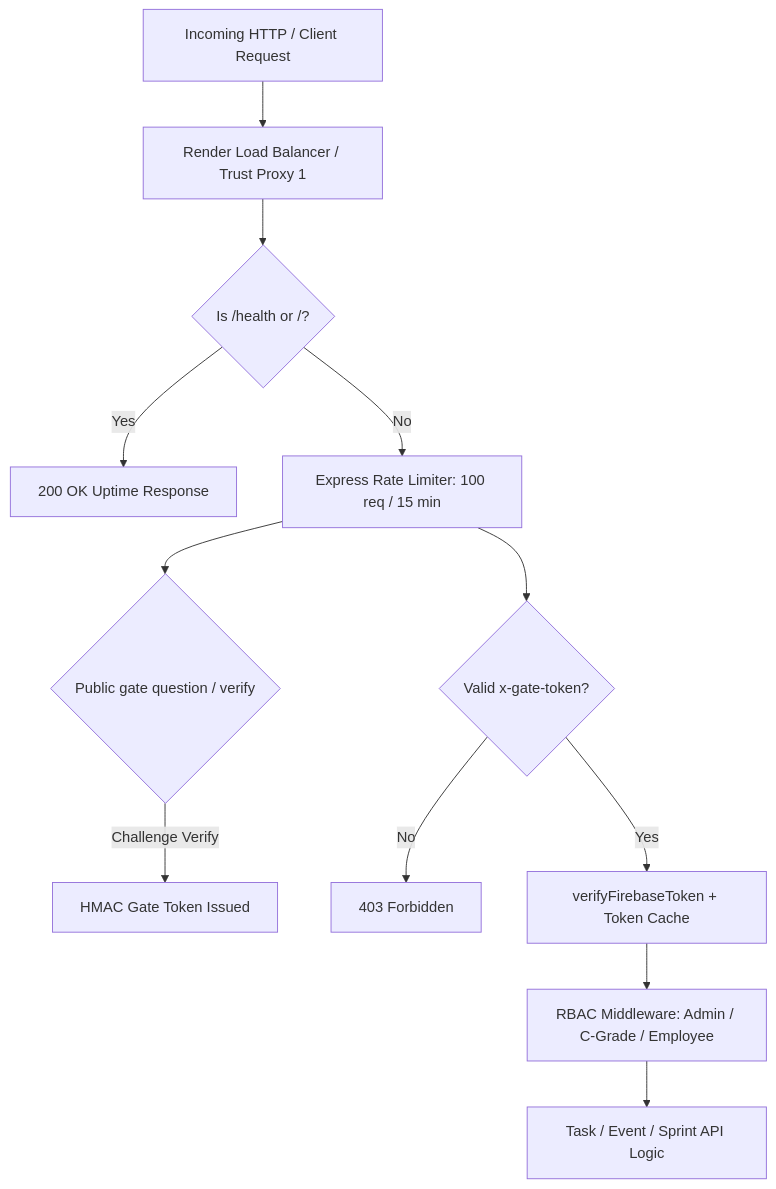
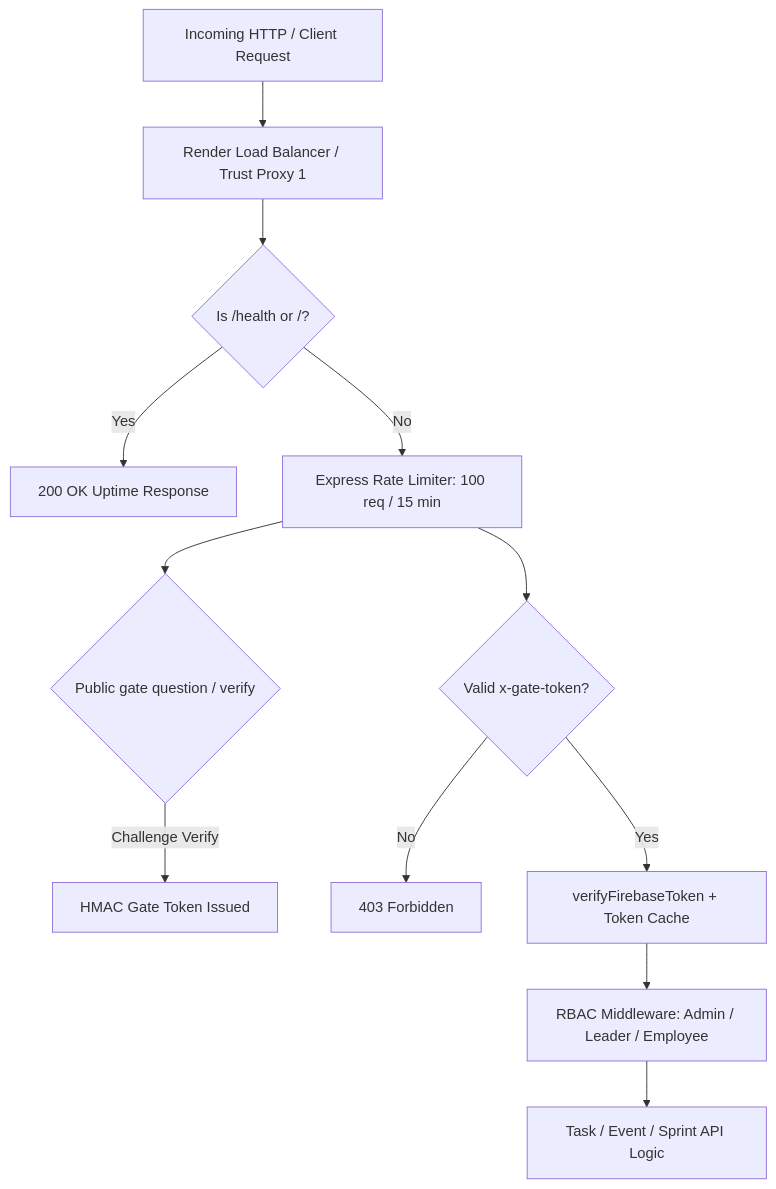
Before and after one commit to mayesha-3/KanbaKan: the first of 3 diagrams in security_and_features_report.md, drawn with Mermaid. The commit also changed other lines of this file and 20 other files, not shown here.

````diff
--- a/security_and_features_report.md
+++ b/security_and_features_report.md
@@ -17,14 +17,14 @@
 ```mermaid
 flowchart TD
     Client[Incoming HTTP / Client Request] --> Proxy[Render Load Balancer / Trust Proxy 1]
     Proxy --> HealthCheck{Is /health or /?}
     HealthCheck -- Yes --> HealthRes[200 OK Uptime Response]
     HealthCheck -- No --> RateLimiter[Express Rate Limiter: 100 req / 15 min]
     RateLimiter --> PublicGate{Public gate question / verify}
     PublicGate -- Challenge Verify --> GateToken[HMAC Gate Token Issued]
     RateLimiter --> GateCheck{Valid x-gate-token?}
     GateCheck -- No --> Blocked[403 Forbidden]
     GateCheck -- Yes --> AuthMiddleware[verifyFirebaseToken + Token Cache]
-    AuthMiddleware --> RBACCheck[RBAC Middleware: Admin / C-Grade / Employee]
+    AuthMiddleware --> RBACCheck[RBAC Middleware: Admin / Leader / Employee]
     RBACCheck --> BusinessLogic[Task / Event / Sprint API Logic]
 ```
````
